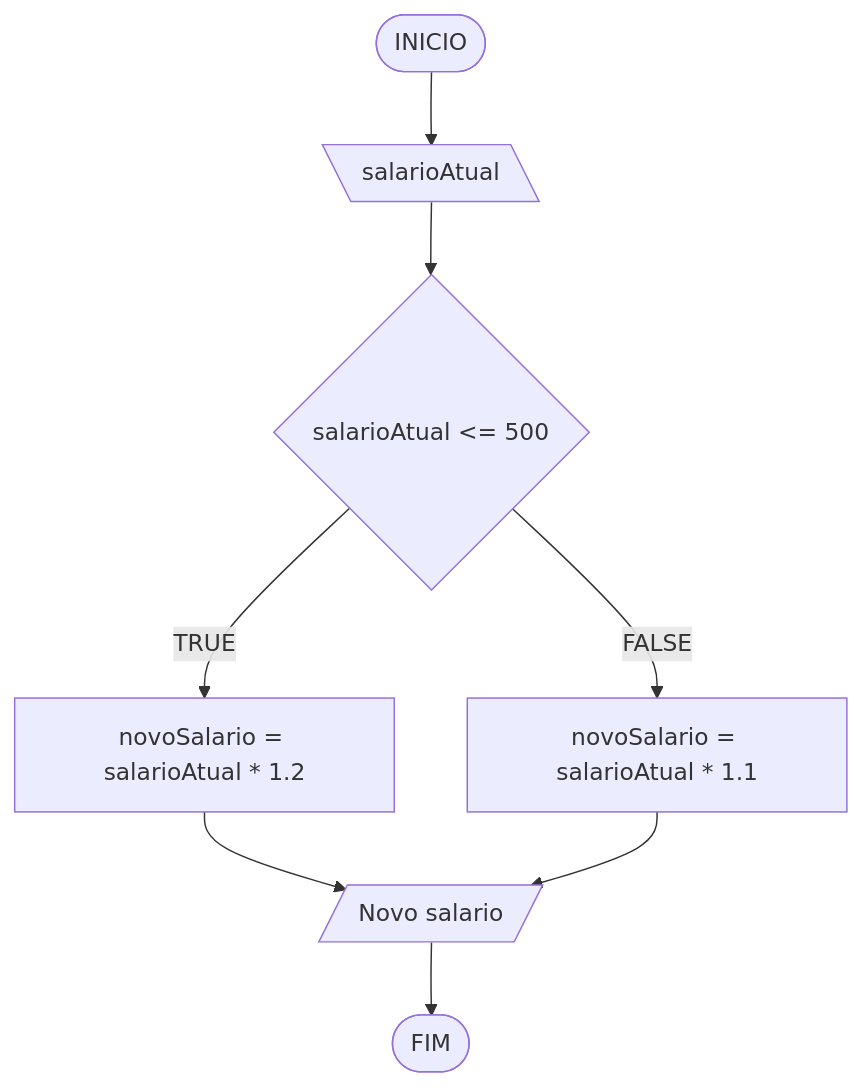
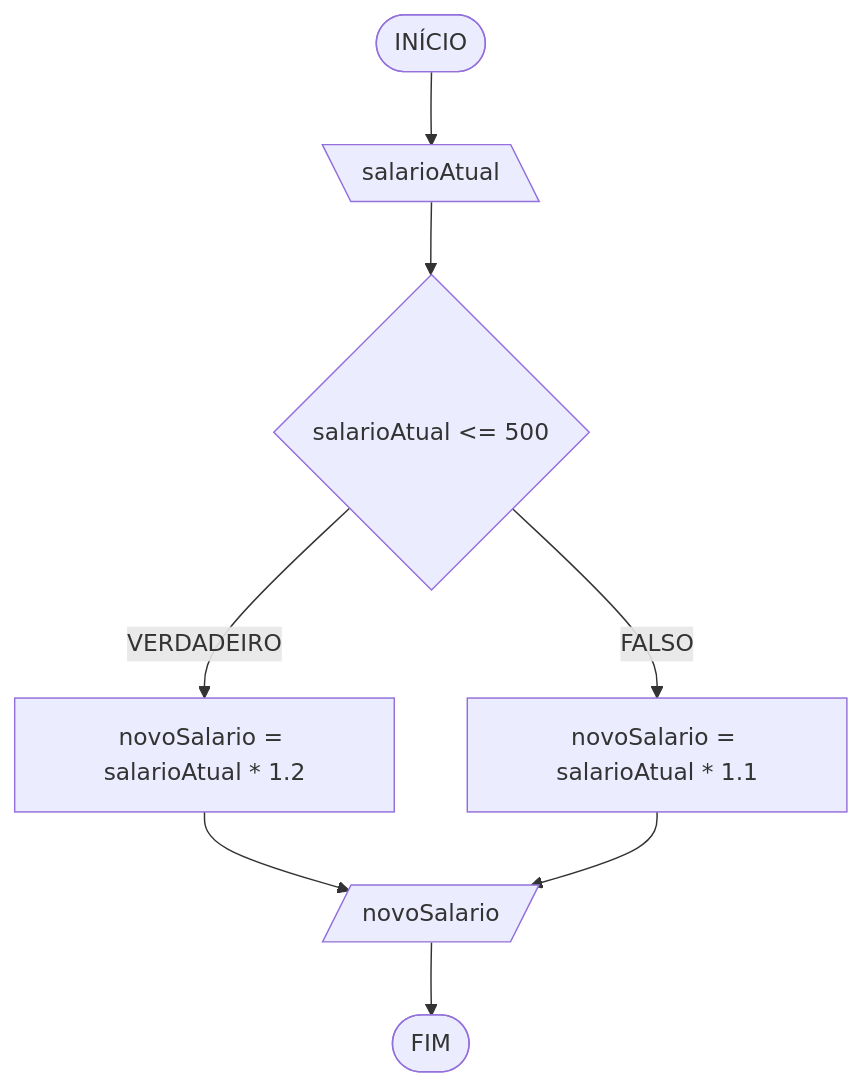
One commit to Carlos-Eduardo-Freitas/JavaScript-C-JAVA-Python changed the fifth of 6 diagrams in JavaScript/Aula 2: Estruturas Condicionais/Estruturas Condicionais.md. Above: the diagram before and after it, drawn with Mermaid. The commit also changed other lines of this file, not shown here.

````diff
--- a/JavaScript/Aula 2: Estruturas Condicionais/Estruturas Condicionais.md
+++ b/JavaScript/Aula 2: Estruturas Condicionais/Estruturas Condicionais.md
@@ -124,10 +126,10 @@
 ```mermaid
 flowchart TD
-A([INICIO]) --> B[\salarioAtual\]
+A([INÍCIO]) --> B[\salarioAtual\]
 B --> C{salarioAtual <= 500}
-C -- TRUE --> D[novoSalario = salarioAtual * 1.2]
-C -- FALSE --> E[novoSalario = salarioAtual * 1.1]
-D --> F[/Novo salario/]
+C -->|VERDADEIRO| D[novoSalario = salarioAtual * 1.2]
+C -->|FALSO| E[novoSalario = salarioAtual * 1.1]
+D --> F[/"novoSalario"/]
 E --> F
 F --> G([FIM])
 ```
````
